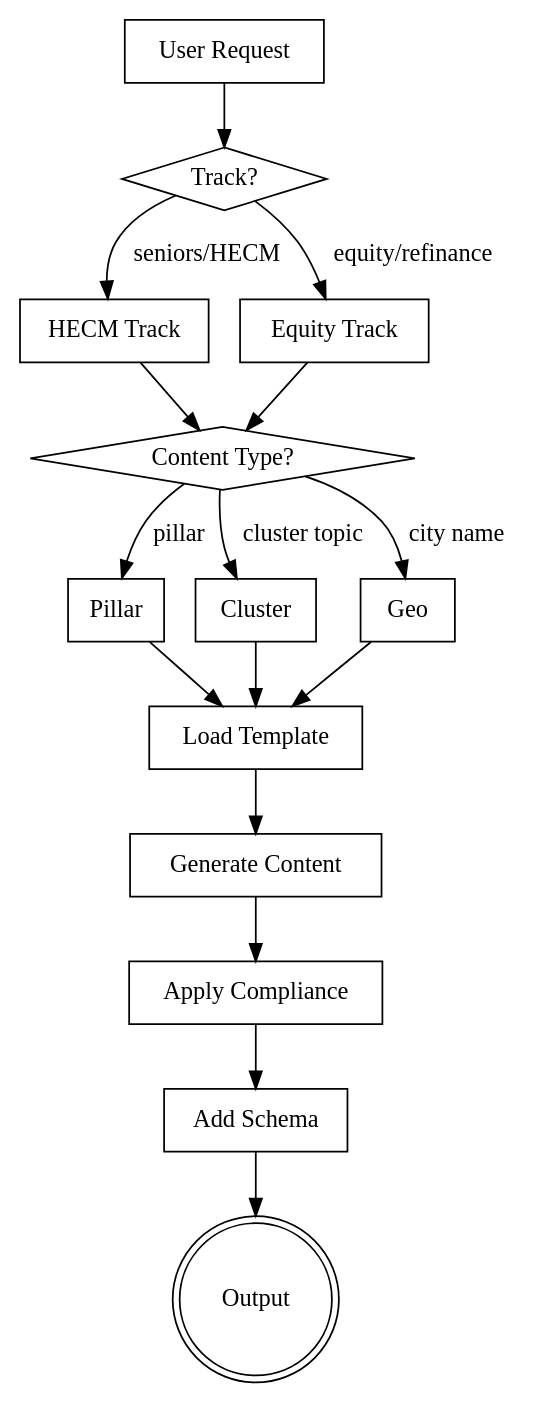
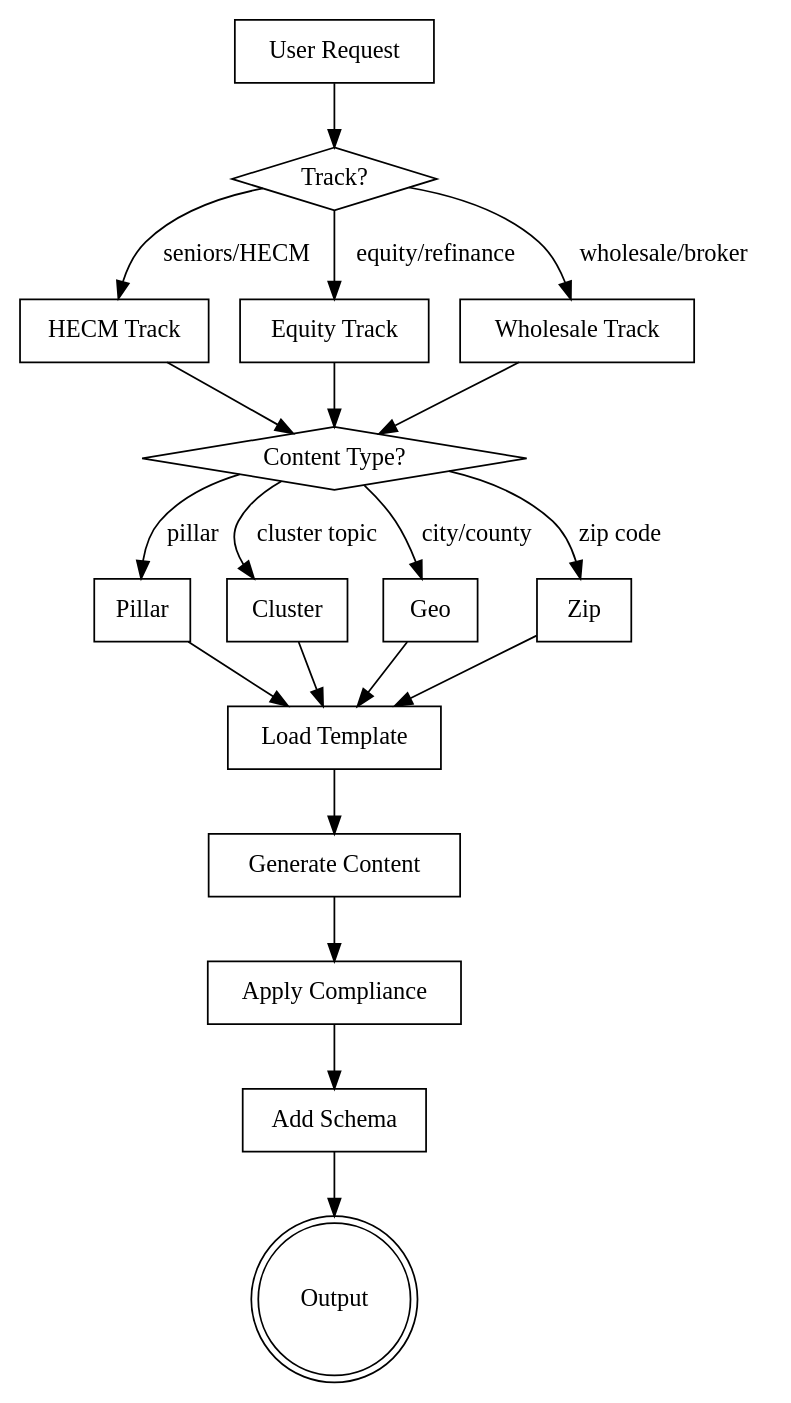
One commit to MoAbdel/brokersiteupdate changed the diagram in .claude/skills/equity-hecm-blog-generator/SKILL.md. Above: the diagram before and after it, drawn with Graphviz. The commit also changed other lines of this file and 7 other files, not shown here.

First line of the commit message:
feat(skill): add wholesale mortgage broker track to blog generator

````diff
--- a/.claude/skills/equity-hecm-blog-generator/SKILL.md
+++ b/.claude/skills/equity-hecm-blog-generator/SKILL.md
@@ -33,34 +34,40 @@
 ```dot
 digraph generation_flow {
     rankdir=TB;
     "User Request" [shape=box];
     "Track?" [shape=diamond];
     "Content Type?" [shape=diamond];
     "HECM Track" [shape=box];
     "Equity Track" [shape=box];
+    "Wholesale Track" [shape=box];
     "Pillar" [shape=box];
     "Cluster" [shape=box];
     "Geo" [shape=box];
+    "Zip" [shape=box];
     "Load Template" [shape=box];
     "Generate Content" [shape=box];
     "Apply Compliance" [shape=box];
     "Add Schema" [shape=box];
     "Output" [shape=doublecircle];
 
     "User Request" -> "Track?";
     "Track?" -> "HECM Track" [label="seniors/HECM"];
     "Track?" -> "Equity Track" [label="equity/refinance"];
+    "Track?" -> "Wholesale Track" [label="wholesale/broker"];
     "HECM Track" -> "Content Type?";
     "Equity Track" -> "Content Type?";
+    "Wholesale Track" -> "Content Type?";
     "Content Type?" -> "Pillar" [label="pillar"];
     "Content Type?" -> "Cluster" [label="cluster topic"];
-    "Content Type?" -> "Geo" [label="city name"];
+    "Content Type?" -> "Geo" [label="city/county"];
+    "Content Type?" -> "Zip" [label="zip code"];
     "Pillar" -> "Load Template";
     "Cluster" -> "Load Template";
     "Geo" -> "Load Template";
+    "Zip" -> "Load Template";
     "Load Template" -> "Generate Content";
     "Generate Content" -> "Apply Compliance";
     "Apply Compliance" -> "Add Schema";
     "Add Schema" -> "Output";
 }
 ```
````
